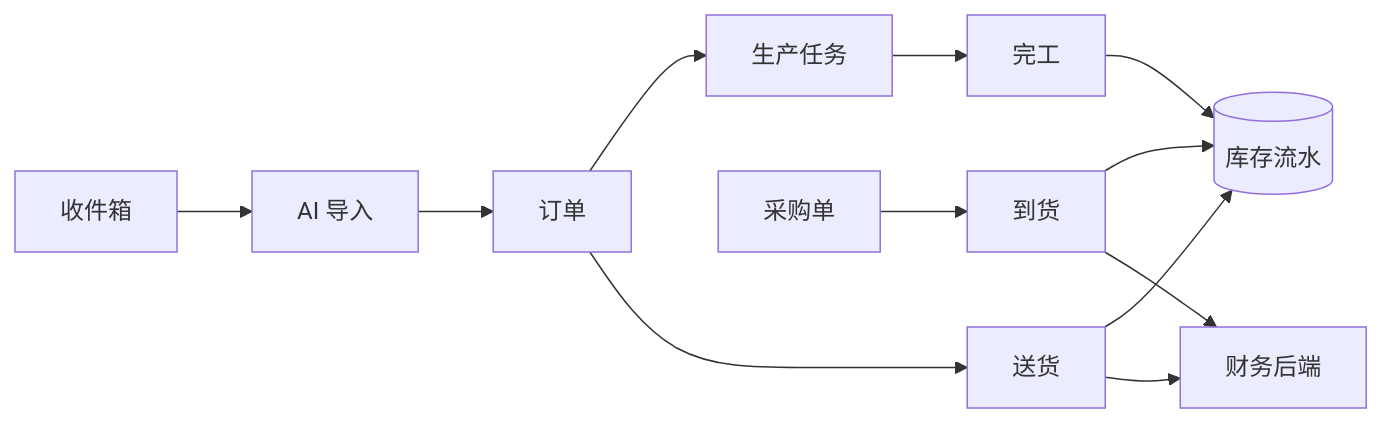
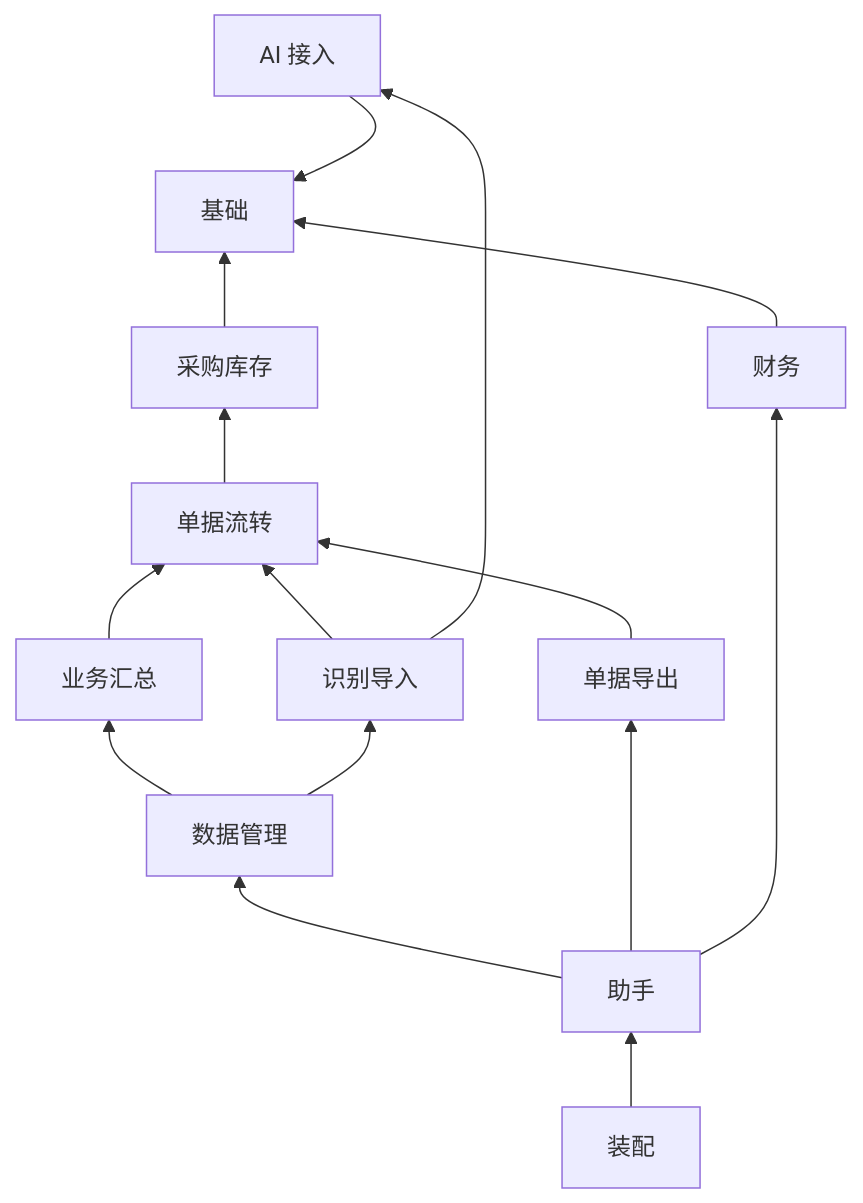
The second of 2 diagrams in docs/架构说明.md (empitor/yongle-carton-erp), drawn with Mermaid before and after one commit. The commit also changed other lines of this file and 2111 other files, not shown here.

````diff
--- a/docs/架构说明.md
+++ b/docs/架构说明.md
@@ -48,14 +38,18 @@
 ```mermaid
-flowchart LR
-  I[收件箱] --> O[AI 导入]
-  O --> S[订单]
-  S --> T[生产任务]
-  P[采购单] --> R[到货]
-  R --> St[(库存流水)]
-  T --> C[完工]
-  C --> St
-  S --> D[送货]
-  D --> St
-  D --> F[财务后端]
-  R --> F
+flowchart BT
+  core[基础] ~~~ ai[AI 接入]
+  ai --> core
+  ops[采购库存] --> core
+  flow[单据流转] --> ops
+  biz[业务汇总] --> flow
+  fin[财务] --> core
+  doc[单据导出] --> flow
+  imp[识别导入] --> flow
+  imp --> ai
+  adm[数据管理] --> biz
+  adm --> imp
+  ast[助手] --> adm
+  ast --> doc
+  ast --> fin
+  app[装配] --> ast
 ```
````
